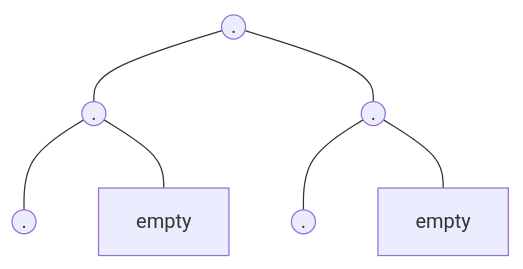
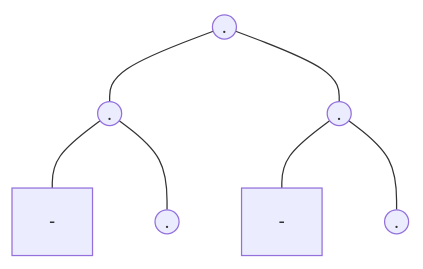
One commit to gendloop/RuanKao changed the tenth of 10 diagrams in junior/章节练习/4_数据结构与算法.md. Above: the diagram before and after it, drawn with Mermaid. The commit also changed other lines of this file, not shown here.

````diff
--- a/junior/章节练习/4_数据结构与算法.md
+++ b/junior/章节练习/4_数据结构与算法.md
@@ -284,6 +293,6 @@
       ```mermaid
       flowchart TB
       a1((.)) --- a2((.)) & a3((.))
-      a2((.)) --- a4((.)) & b1[empty]
-      a3((.)) --- a5((.)) & b2[empty]
+      a2((.)) --- b1[-] & a4((.))
+      a3((.)) --- b2[-] & a5((.))
       ```
````
